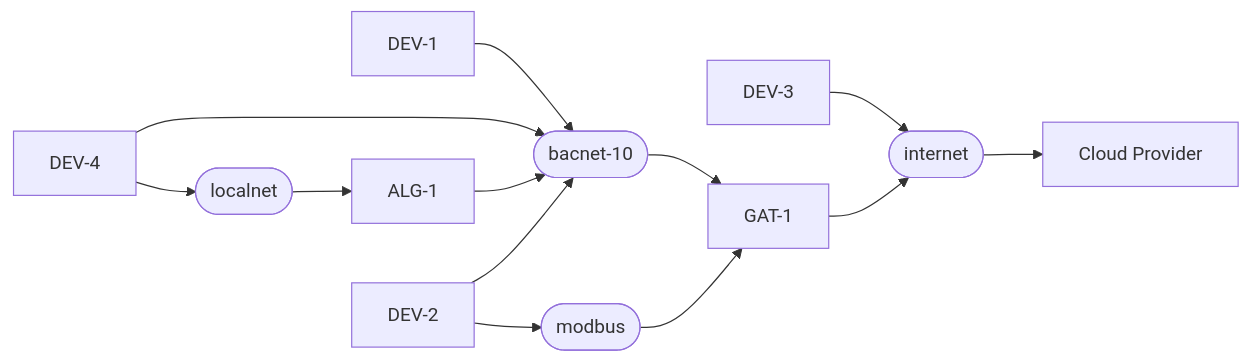
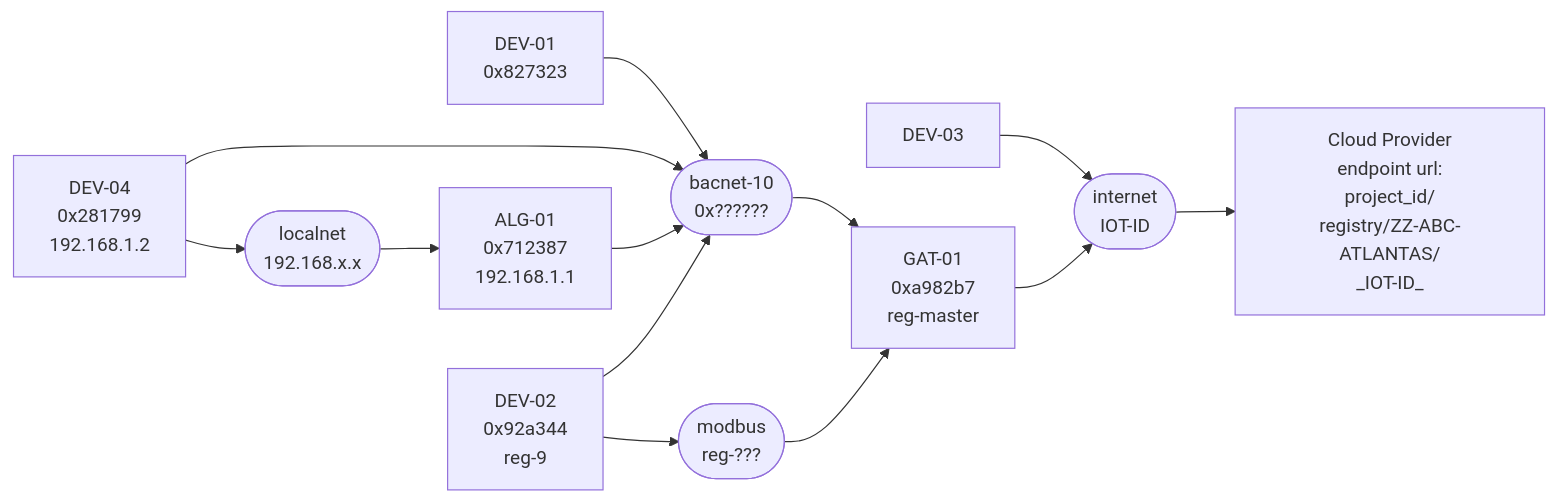
The diagram in docs/specs/topology.md (faucetsdn/udmi), drawn with Mermaid before and after one commit. The commit also changed other lines of this file, not shown here.

Commit message:
Adding more detail

````diff
--- a/docs/specs/topology.md
+++ b/docs/specs/topology.md
@@ -30,26 +30,27 @@
 ```mermaid
+%%{wrap}%%
 flowchart LR
-  D1[DEV-1]
-  D3[DEV-3]
-  LG[ALG-1]
-  D4[DEV-4]
-  D2[DEV-2]
-  IG[GAT-1]
-  BN([bacnet-10])
-  MB([modbus])
-  IP([localnet])
-  IN([internet])
-  CP[Cloud Provider]
+  D1[DEV-01<br/>0x827323]
+  D3[DEV-03]
+  LG[ALG-01<br/>0x712387<br/>192.168.1.1]
+  D4[DEV-04<br/>0x281799<br/>192.168.1.2]
+  D2[DEV-02<br/>0x92a344<br/>reg-9]
+  IG[GAT-01<br/>0xa982b7<br/>reg-master]
+  BN([bacnet-10<br/>0x??????])
+  MB([modbus<br/>reg-???])
+  IP([localnet<br/>192.168.x.x])
+  IN([internet<br/>IOT-ID])
+  CP[Cloud Provider<br/>endpoint url:<br/>project_id/<br/>registry/ZZ-ABC-ATLANTAS/<br/>_IOT-ID_]
   D1 --> BN
   D4 --> BN
   LG --> BN
   D2 --> BN
   D2 --> MB
   D3 --> IN
   D4 --> IP
   IG --> IN
   BN --> IG
   MB --> IG
   IN --> CP
   IP --> LG
 ```
````
